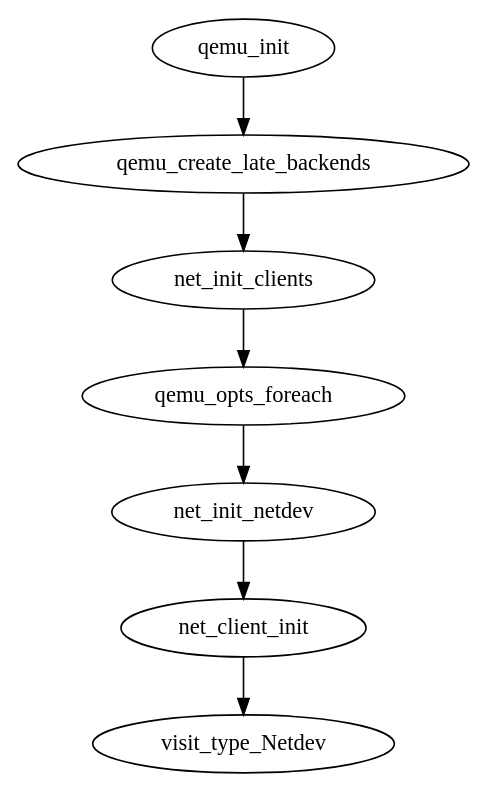
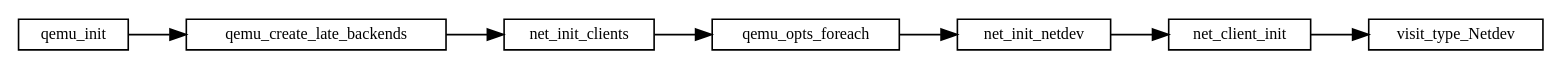
The diagram in qemu/qemu vhost_user的初始化逻辑.md (sisyphus1212/note), drawn with Graphviz before and after one commit.

Commit message:
auto_update

````diff
--- a/qemu/qemu vhost_user的初始化逻辑.md
+++ b/qemu/qemu vhost_user的初始化逻辑.md
@@ -13,10 +13,16 @@
 ```graphviz
 digraph {
+  fontname="Helvetica,Arial,sans-serif"
+//node [fontname="Helvetica,Arial,sans-serif"]
+//edge [fontname="Helvetica,Arial,sans-serif"]
+rankdir="LR"
+node [fontsize=10, shape=record, height=0.25]
+edge [fontsize=10]
 qemu_init -> qemu_create_late_backends
           -> net_init_clients
           -> qemu_opts_foreach
           -> net_init_netdev
           -> net_client_init
           -> visit_type_Netdev
 }
 ```
````
